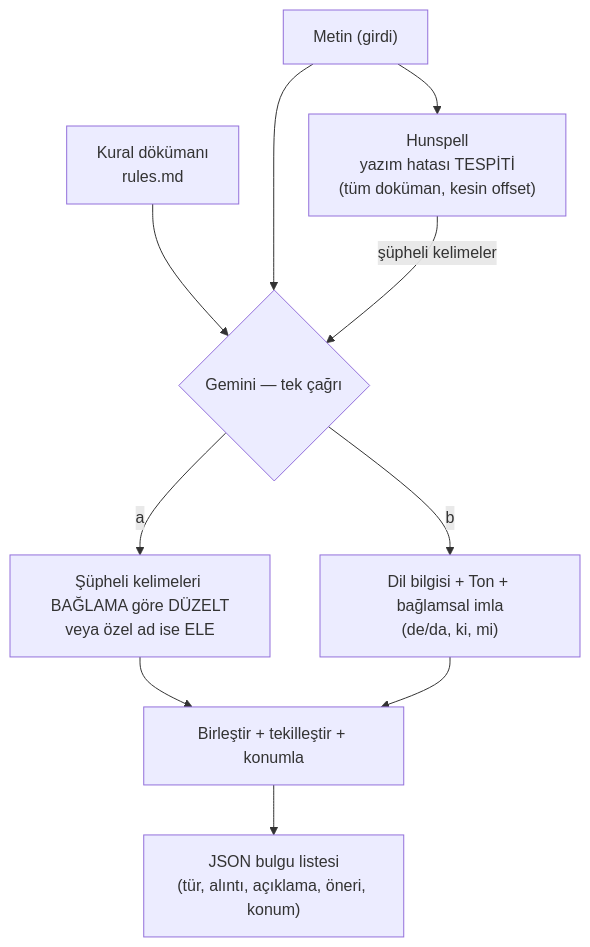
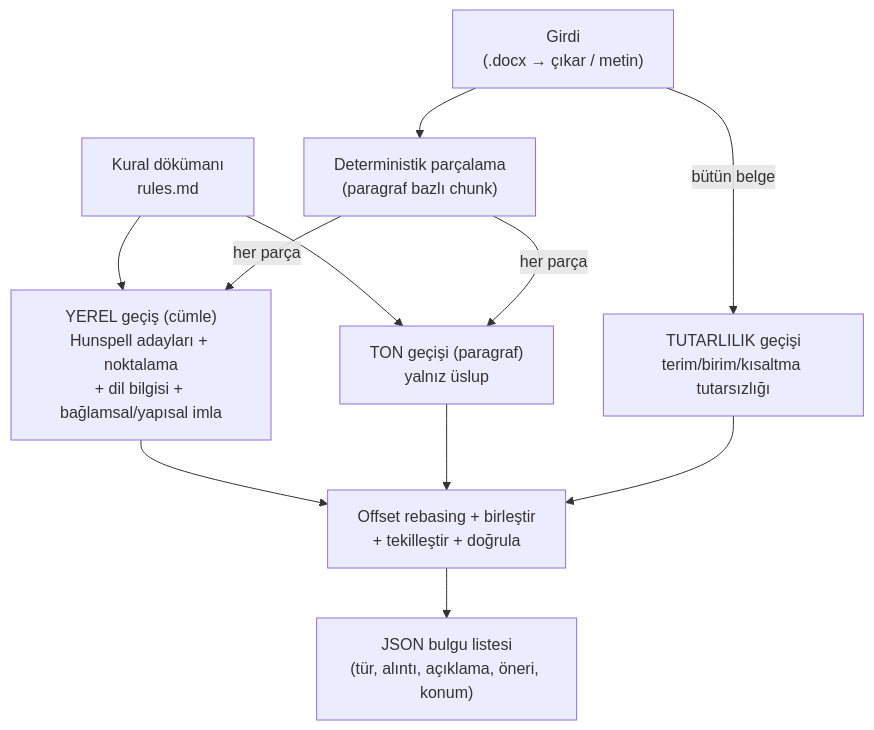
The diagram in README.md (DEMIRELINT/turkce-dil-analizi), drawn with Mermaid before and after one commit. The commit also changed other lines of this file and 1 other file, not shown here.

First line of the commit message:
Doküman: README ve CLAUDE.md'yi güncel çok-geçişli mimariye göre güncelle

````diff
--- a/README.md
+++ b/README.md
@@ -29,12 +34,13 @@
 ```mermaid
 flowchart TD
-    A["Metin (girdi)"] --> B["Hunspell<br/>yazım hatası TESPİTİ<br/>(tüm doküman, kesin offset)"]
-    C["Kural dökümanı<br/>rules.md"] --> D
-    A --> D{"Gemini — tek çağrı"}
-    B -->|şüpheli kelimeler| D
-    D -->|a| E["Şüpheli kelimeleri BAĞLAMA göre DÜZELT<br/>veya özel ad ise ELE"]
-    D -->|b| F["Dil bilgisi + Ton + bağlamsal imla<br/>(de/da, ki, mi)"]
-    E --> G["Birleştir + tekilleştir + konumla"]
-    F --> G
+    A["Girdi<br/>(.docx → çıkar / metin)"] --> P["Deterministik parçalama<br/>(paragraf bazlı chunk)"]
+    C["Kural dökümanı<br/>rules.md"] --> L
+    C --> T
+    P -->|her parça| L["YEREL geçiş (cümle)<br/>Hunspell adayları + noktalama<br/>+ dil bilgisi + bağlamsal/yapısal imla"]
+    P -->|her parça| T["TON geçişi (paragraf)<br/>yalnız üslup"]
+    A -->|bütün belge| K["TUTARLILIK geçişi<br/>terim/birim/kısaltma tutarsızlığı"]
+    L --> G["Offset rebasing + birleştir<br/>+ tekilleştir + doğrula"]
+    T --> G
+    K --> G
     G --> H["JSON bulgu listesi<br/>(tür, alıntı, açıklama, öneri, konum)"]
 ```
````
